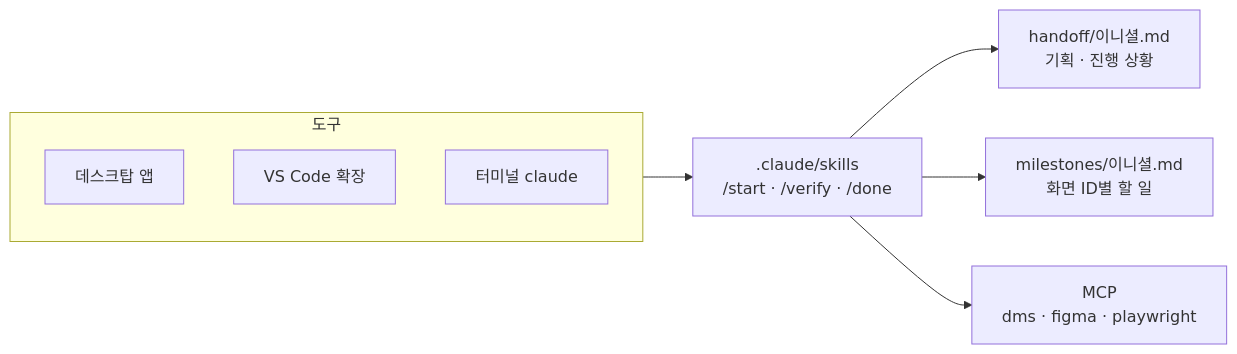
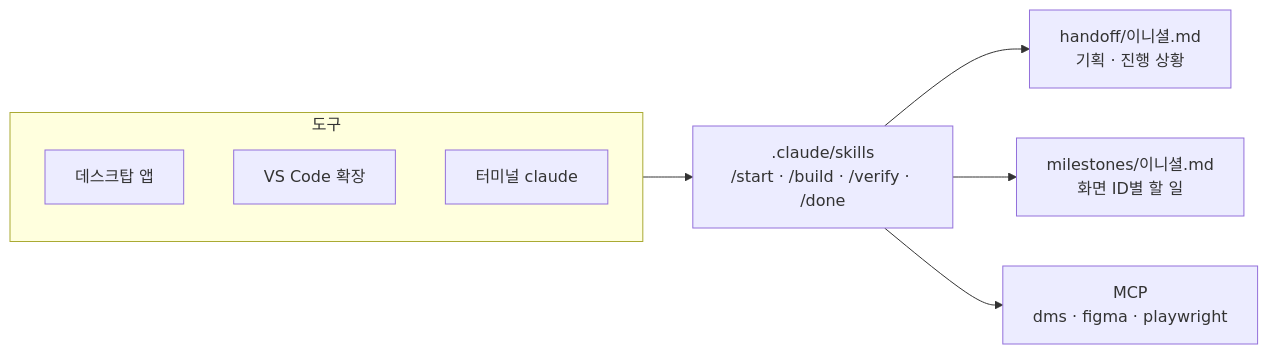
Before and after one commit to Jung-aejin/nyangmeong-frontend: the second of 3 diagrams in README.md, drawn with Mermaid. The commit also changed other lines of this file and 11 other files, not shown here.

````diff
--- a/README.md
+++ b/README.md
@@ -80,12 +80,12 @@
 ```mermaid
 flowchart LR
   subgraph tools[도구]
     A[데스크탑 앱]
     B[VS Code 확장]
     C[터미널 claude]
   end
-  tools --> SK[".claude/skills<br/>/start · /verify · /done"]
+  tools --> SK[".claude/skills<br/>/start · /build · /verify · /done"]
   SK --> HO["handoff/이니셜.md<br/>기획 · 진행 상황"]
   SK --> MS["milestones/이니셜.md<br/>화면 ID별 할 일"]
   SK --> MCP["MCP<br/>dms · figma · playwright"]
 ```
````
